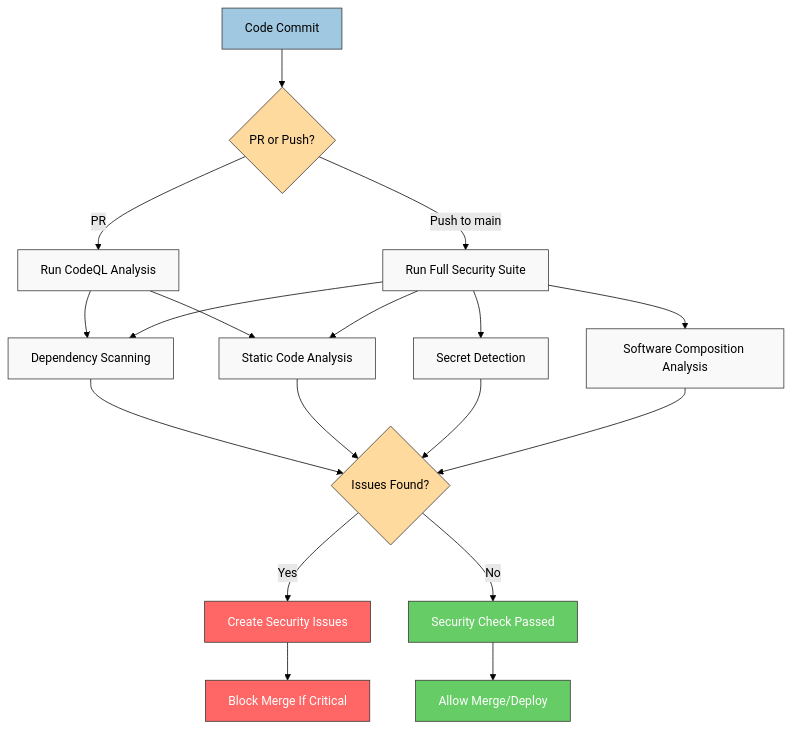
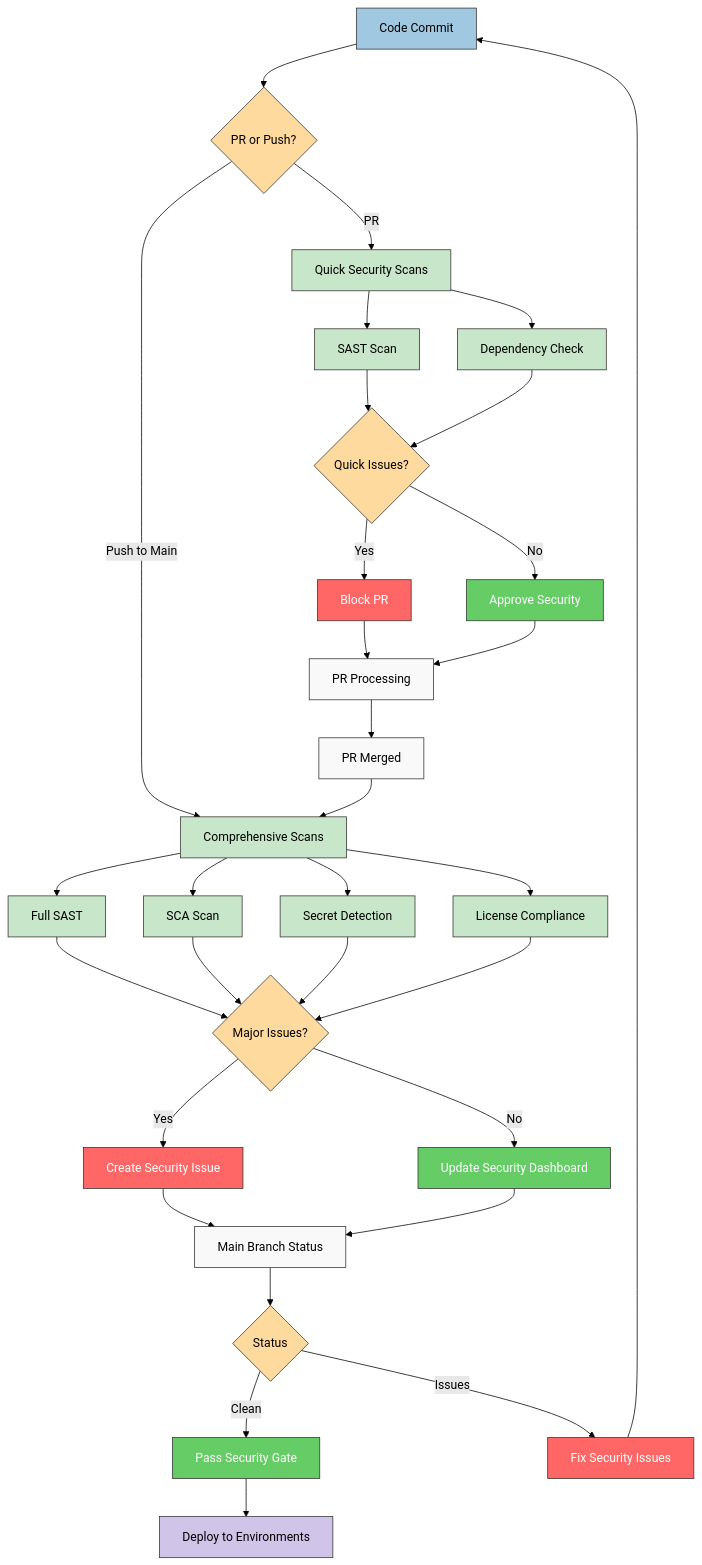
One commit to step-security-bot/cia-compliance-manager changed the fourth of 4 diagrams in docs/architecture/WORKFLOWS.md. Above: the diagram before and after it, drawn with Mermaid (forest theme). The commit also changed other lines of this file and 11 other files, not shown here.

Commit message:
refactor(docs): enhance related documentation links in architecture files for better navigation

````diff
--- a/docs/architecture/WORKFLOWS.md
+++ b/docs/architecture/WORKFLOWS.md
@@ -136,41 +159,52 @@
 ```mermaid
 flowchart TD
     A[Code Commit] --> B{PR or Push?}
-    B -->|PR| C[Run CodeQL Analysis]
-    B -->|Push to main| D[Run Full Security Suite]
+    B -->|PR| C1[Quick Security Scans]
+    B -->|Push to Main| C2[Comprehensive Scans]
 
-    C --> E[Dependency Scanning]
-    C --> F[Static Code Analysis]
+    C1 --> D1[SAST Scan]
+    C1 --> D2[Dependency Check]
 
-    D --> E
-    D --> F
-    D --> G[Secret Detection]
-    D --> H[Software Composition Analysis]
+    C2 --> E1[Full SAST]
+    C2 --> E2[SCA Scan]
+    C2 --> E3[Secret Detection]
+    C2 --> E4[License Compliance]
 
-    E --> I{Issues Found?}
-    F --> I
-    G --> I
-    H --> I
+    D1 & D2 --> F1{Quick Issues?}
+    E1 & E2 & E3 & E4 --> F2{Major Issues?}
 
-    I -->|Yes| J[Create Security Issues]
-    I -->|No| K[Security Check Passed]
+    F1 -->|Yes| G1[Block PR]
+    F1 -->|No| G2[Approve Security]
 
-    J --> L[Block Merge If Critical]
-    K --> M[Allow Merge/Deploy]
+    F2 -->|Yes| H1[Create Security Issue]
+    F2 -->|No| H2[Update Security Dashboard]
 
-    classDef start fill:#a0c8e0,stroke:#333,stroke-width:1px,color:black;
-    classDef process fill:#f9f9f9,stroke:#333,stroke-width:1px,color:black;
-    classDef security fill:#ffcdd2,stroke:#333,stroke-width:1px,color:black;
-    classDef decision fill:#ffda9e,stroke:#333,stroke-width:1px,color:black;
-    classDef pass fill:#66cc66,stroke:#333,stroke-width:1px,color:white;
-    classDef fail fill:#ff6666,stroke:#333,stroke-width:1px,color:white;
+    G1 & G2 --> I[PR Processing]
+    H1 & H2 --> J[Main Branch Status]
 
-    class A start;
-    class B decision;
-    class C,D,E,F,G,H process;
-    class I decision;
-    class J fail;
-    class K pass;
-    class L fail;
-    class M pass;
+    I --> K[PR Merged]
+    K --> C2
+
+    J --> L{Status}
+    L -->|Clean| M[Pass Security Gate]
+    L -->|Issues| N[Fix Security Issues]
+    N --> A
+
+    M --> O[Deploy to Environments]
+
+    classDef commit fill:#a0c8e0,stroke:#333,stroke-width:1px,color:black
+    classDef decision fill:#ffda9e,stroke:#333,stroke-width:1px,color:black
+    classDef scan fill:#c8e6c9,stroke:#333,stroke-width:1px,color:black
+    classDef issue fill:#ff6666,stroke:#333,stroke-width:1px,color:white
+    classDef clean fill:#66cc66,stroke:#333,stroke-width:1px,color:white
+    classDef process fill:#f9f9f9,stroke:#333,stroke-width:1px,color:black
+    classDef deploy fill:#d1c4e9,stroke:#333,stroke-width:1px,color:black
+
+    class A commit
+    class B,F1,F2,L decision
+    class C1,C2,D1,D2,E1,E2,E3,E4 scan
+    class G1,H1,N issue
+    class G2,H2,M clean
+    class I,J,K process
+    class O deploy
 ```
````
